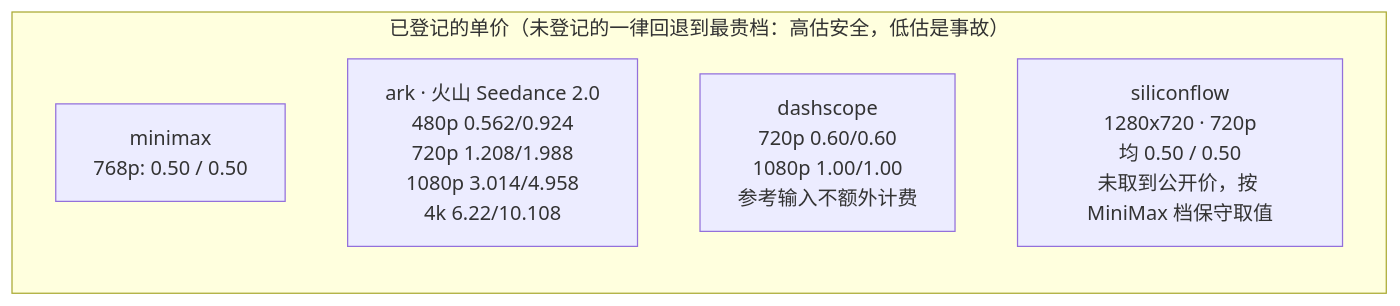
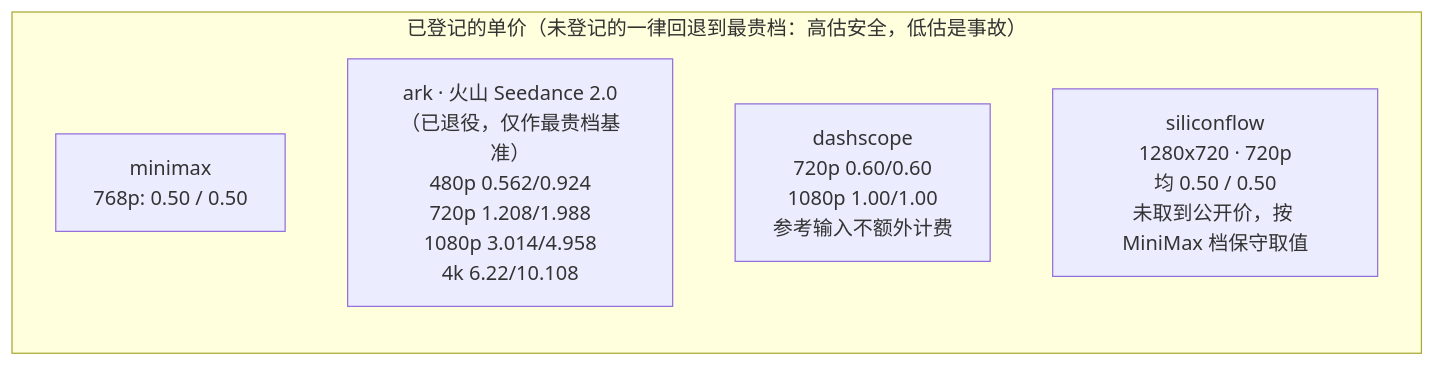
One commit to Bamzzo/VisionCraft changed the fifth of 22 diagrams in docs/visioncraft-diagrams.md. Above: the diagram before and after it, drawn with Mermaid. The commit also changed other lines of this file and 3 other files, not shown here.

First line of the commit message:
docs: 落档 P5-B-1/B-2、ark 线收敛、终测基线与图集

````diff
--- a/docs/visioncraft-diagrams.md
+++ b/docs/visioncraft-diagrams.md
@@ -195,10 +200,10 @@
 ```mermaid
 flowchart LR
   subgraph PRICE["已登记的单价（未登记的一律回退到最贵档：高估安全，低估是事故）"]
     direction TB
     M["minimax<br/>768p: 0.50 / 0.50"]
-    A["ark · 火山 Seedance 2.0<br/>480p 0.562/0.924<br/>720p 1.208/1.988<br/>1080p 3.014/4.958<br/>4k 6.22/10.108"]
+    A["ark · 火山 Seedance 2.0（已退役，仅作最贵档基准）<br/>480p 0.562/0.924<br/>720p 1.208/1.988<br/>1080p 3.014/4.958<br/>4k 6.22/10.108"]
     D["dashscope<br/>720p 0.60/0.60<br/>1080p 1.00/1.00<br/>参考输入不额外计费"]
     S["siliconflow<br/>1280x720 · 720p<br/>均 0.50 / 0.50<br/>未取到公开价，按 MiniMax 档保守取值"]
   end
 ```
````
